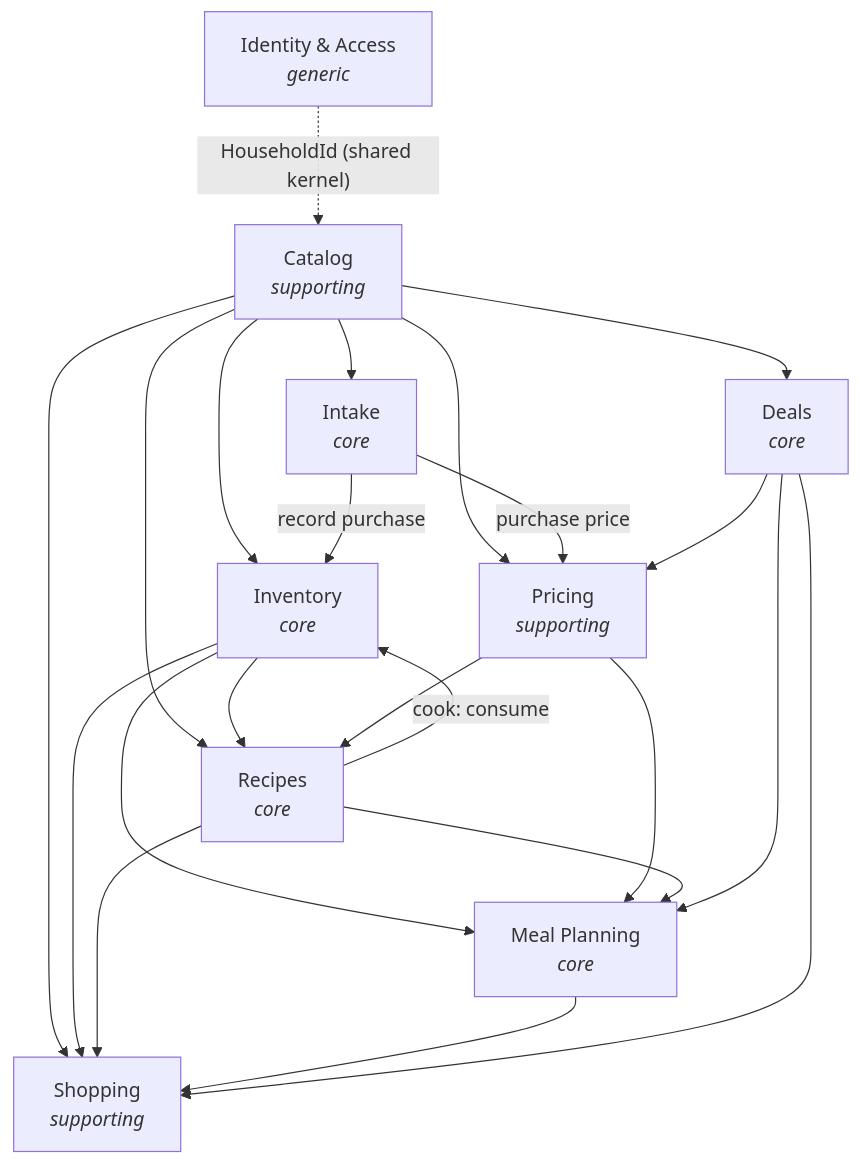
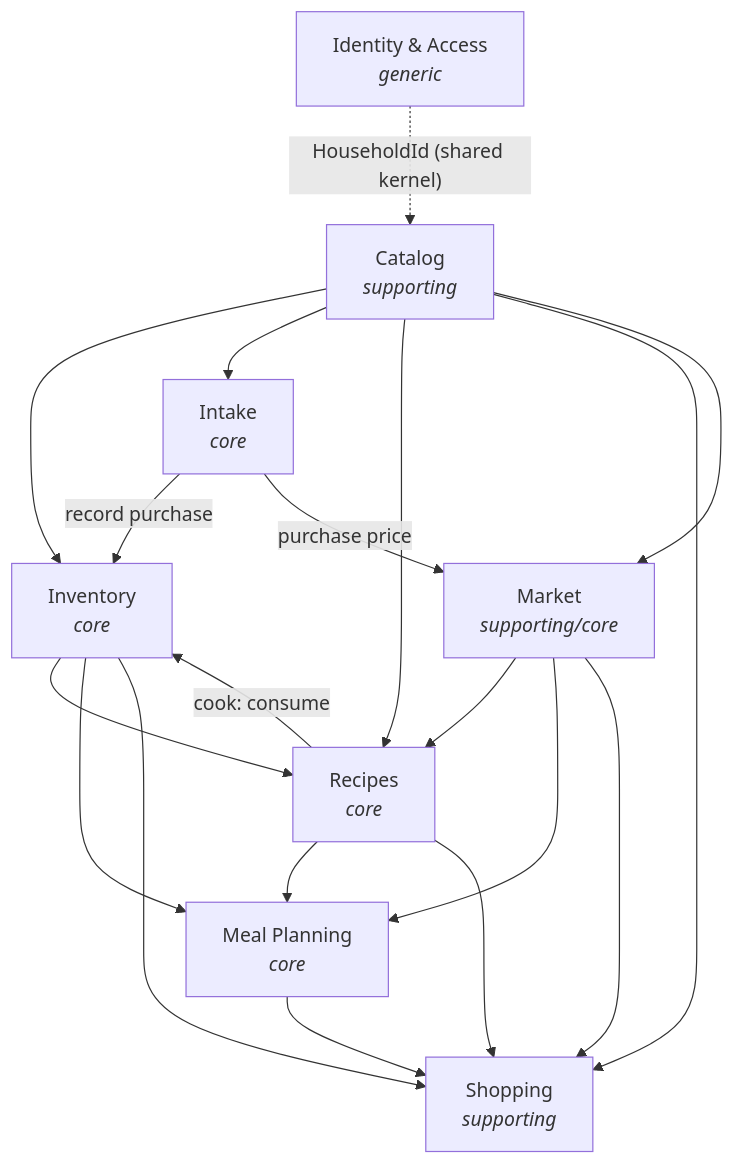
Before and after one commit to mgasparel/plantry: the diagram in docs/ARCHITECTURE.md, drawn with Mermaid. The commit also changed other lines of this file and 325 other files, not shown here.

First line of the commit message:
refactor(market): merge Pricing + Deals contexts into Market (plantry-g3da.1)

````diff
--- a/docs/ARCHITECTURE.md
+++ b/docs/ARCHITECTURE.md
@@ -69,24 +68,22 @@
 ```mermaid
 graph TD
     IA["Identity &amp; Access<br/><i>generic</i>"]
     CAT["Catalog<br/><i>supporting</i>"]
     INV["Inventory<br/><i>core</i>"]
     INT["Intake<br/><i>core</i>"]
-    PRI["Pricing<br/><i>supporting</i>"]
+    MKT["Market<br/><i>supporting/core</i>"]
     REC["Recipes<br/><i>core</i>"]
     MP["Meal Planning<br/><i>core</i>"]
     SHOP["Shopping<br/><i>supporting</i>"]
-    DEAL["Deals<br/><i>core</i>"]
 
     IA -. "HouseholdId (shared kernel)" .-> CAT
 
-    CAT --> INV & INT & REC & SHOP & DEAL & PRI
+    CAT --> INV & INT & REC & SHOP & MKT
     INT -- "record purchase" --> INV
-    INT -- "purchase price" --> PRI
+    INT -- "purchase price" --> MKT
     INV --> REC & MP & SHOP
-    PRI --> REC & MP
+    MKT --> REC & MP & SHOP
     REC -- "cook: consume" --> INV
     REC --> MP & SHOP
     MP --> SHOP
-    DEAL --> PRI & SHOP & MP
 ```
````
